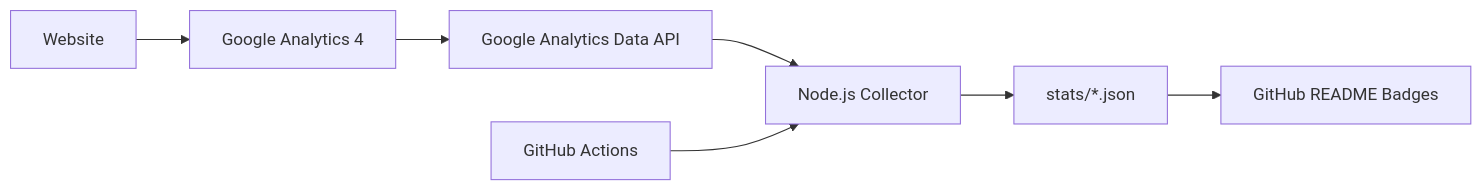
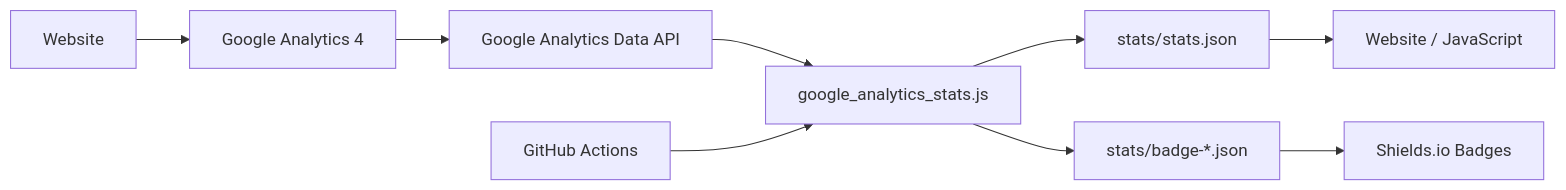
One commit to Motaibi1989/google-analytics-for-github changed the diagram in README.md. Above: the diagram before and after it, drawn with Mermaid. The commit also changed other lines of this file, not shown here.

Commit message:
Improve README description and JavaScript usage examples

````diff
--- a/README.md
+++ b/README.md
@@ -26,9 +17,11 @@
 ```mermaid
 flowchart LR
     A[Website] --> B[Google Analytics 4]
     B --> C[Google Analytics Data API]
-    C --> D[Node.js Collector]
-    D --> E[stats/*.json]
-    E --> F[GitHub README Badges]
+    C --> D[google_analytics_stats.js]
+    D --> E[stats/stats.json]
+    D --> F[stats/badge-*.json]
     G[GitHub Actions] --> D
+    E --> H[Website / JavaScript]
+    F --> I[Shields.io Badges]
 ```
````
